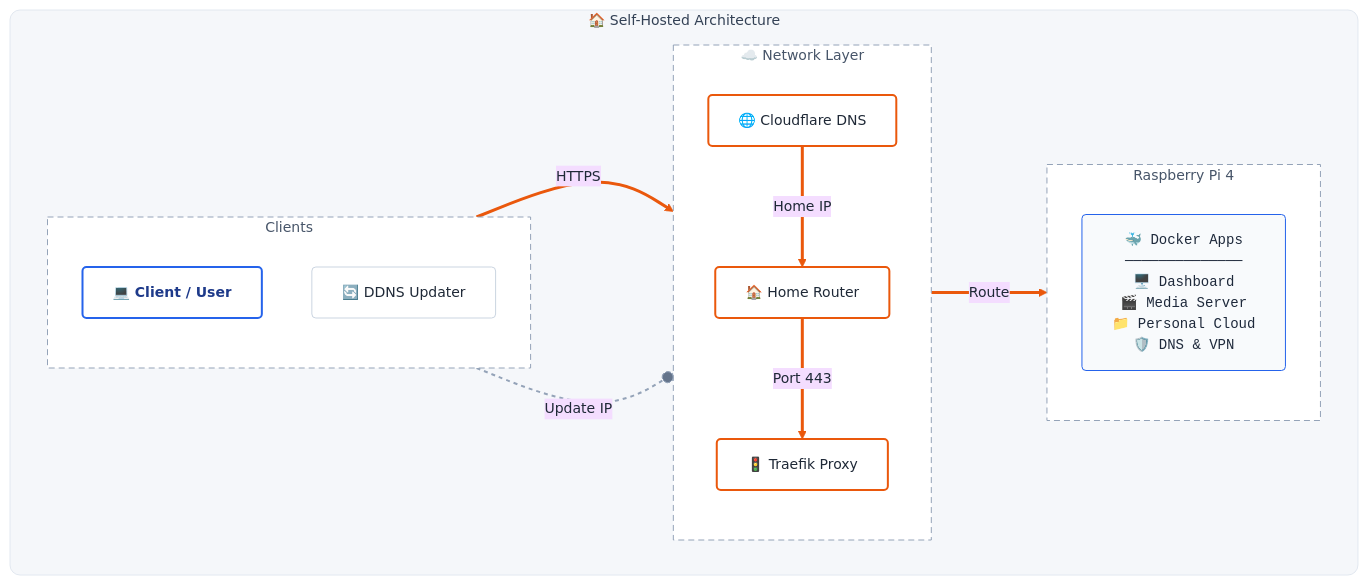
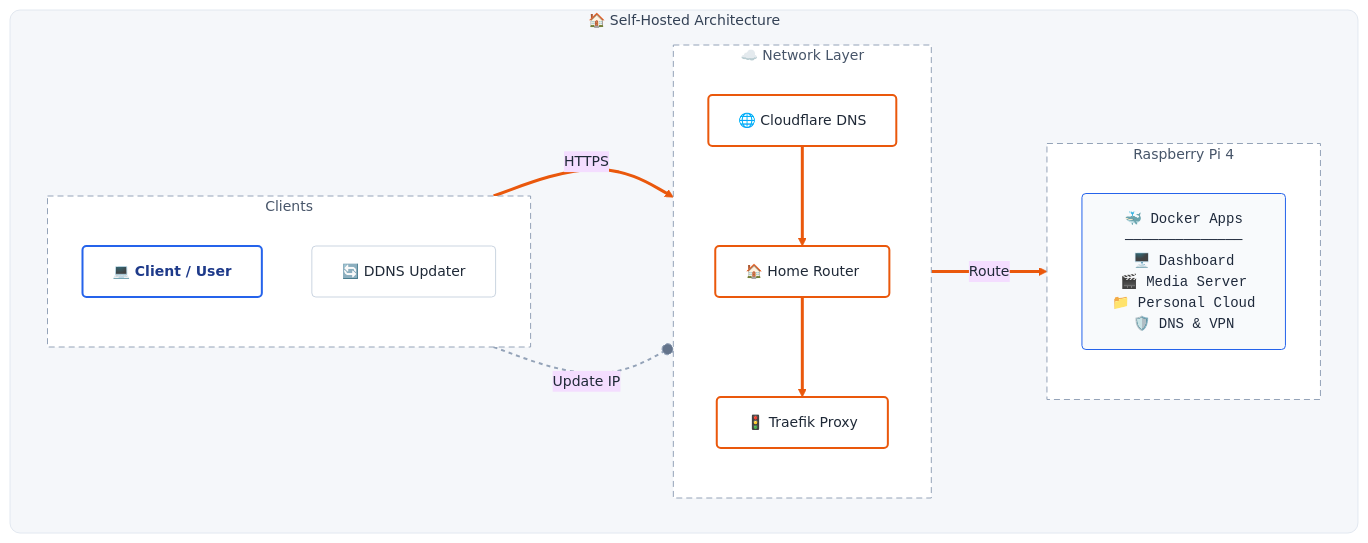
One commit to charan-altro/self-host-lab changed the diagram in README.md. Above: the diagram before and after it, drawn with Mermaid.

````diff
--- a/README.md
+++ b/README.md
@@ -10,79 +10,79 @@
 ```mermaid
 %%{init: {
   'theme': 'base',
   'themeVariables': {
     'background': '#F5F7FA',
     'primaryTextColor': '#1F2937',
     'lineColor': '#64748B',
     'fontSize': '14px'
   }
 }}%%
 flowchart LR
     %% --- STYLE DEFINITIONS ---
     classDef base fill:#FFFFFF,stroke:#CBD5E1,stroke-width:1px,color:#1F2937,rx:4,ry:4,shadow:true
     classDef client fill:#FFFFFF,stroke:#2563EB,stroke-width:2px,color:#1E3A8A,rx:4,ry:4,font-weight:bold,shadow:true
     classDef transit fill:#FFFFFF,stroke:#EA580C,stroke-width:2px,color:#1F2937,rx:4,ry:4,shadow:true
     classDef appStack fill:#F8FAFC,stroke:#2563EB,stroke-width:1px,color:#1E293B,rx:4,ry:4,align:left,font-family:monospace
 
     %% --- CONTAINER STYLING ---
     classDef masterZone fill:#F5F7FA,stroke:#E2E8F0,stroke-width:1px,rx:10,ry:10,color:#334155
     classDef innerZone fill:#FFFFFF,stroke:#94A3B8,stroke-width:1px,stroke-dasharray: 6 4,color:#475569
 
     %% --- DIAGRAM CONTENT ---
 
-    %% !!! MASTER CONTAINER !!!
     subgraph HomeLab ["🏠 Self-Hosted Architecture"]
         direction LR
 
-        %% 1. LEFT COLUMN: Inputs
+        %% 1. LEFT: Inputs
         subgraph Inputs ["Clients"]
             direction TB
             User["💻 Client / User"]:::client
             DDNS["🔄 DDNS Updater"]:::base
         end
 
-        %% 2. MIDDLE COLUMN: Network Stack (Strictly Vertical)
+        %% 2. MIDDLE: Network Stack (Forced Vertical)
         subgraph Network ["☁️ Network Layer"]
             direction TB
+            %% We define the nodes here to group them strictly
             DNS["🌐 Cloudflare DNS"]:::transit
             Router["🏠 Home Router"]:::transit
             Traefik["🚦 Traefik Proxy"]:::transit
+            
+            %% Force the vertical connection INSIDE the subgraph
+            DNS ==> Router ==> Traefik
         end
 
-        %% 3. RIGHT COLUMN: Server
+        %% 3. RIGHT: Server
         subgraph Server ["Raspberry Pi 4"]
             direction TB
             Docker["🐳 Docker Apps
             ──────────────
             🖥️ Dashboard
             🎬 Media Server
             📁 Personal Cloud
             🛡️ DNS & VPN"]:::appStack
         end
     end
 
-    %% --- CONNECTIONS ---
-    
-    %% 1. ENTRANCE: Left to Right -> Top of Stack
+    %% --- EXTERNAL CONNECTIONS ---
+    %% Connecting the layers together
     User ==>|"HTTPS"| DNS
-    
-    %% 2. THE DROP: Top to Bottom inside the stack
-    DNS ==>|"Home IP"| Router
-    Router ==>|"Port 443"| Traefik
-    
-    %% 3. EXIT: Left to Right -> Bottom of Stack to Server
     Traefik ==>|"Route"| Docker
 
-    %% 4. MAINTENANCE: Side Loop
+    %% Maintenance Path
     DDNS -.-o|"Update IP"| DNS
 
     %% --- APPLY STYLES ---
     class HomeLab masterZone
     class Inputs,Network,Server innerZone
 
     %% Link Styling
-    %% Orange for Data Path
-    linkStyle 0,1,2,3 stroke:#EA580C,stroke-width:3px,fill:none
-    %% Grey for Helper
+    %% 0,1 are the vertical internal links (DNS->Router->Traefik)
+    linkStyle 0,1 stroke:#EA580C,stroke-width:3px,fill:none
+    
+    %% 2 is User->DNS, 3 is Traefik->Docker
+    linkStyle 2,3 stroke:#EA580C,stroke-width:3px,fill:none
+    
+    %% 4 is DDNS
     linkStyle 4 stroke:#94A3B8,stroke-width:2px,stroke-dasharray: 4 4
 ```
````
